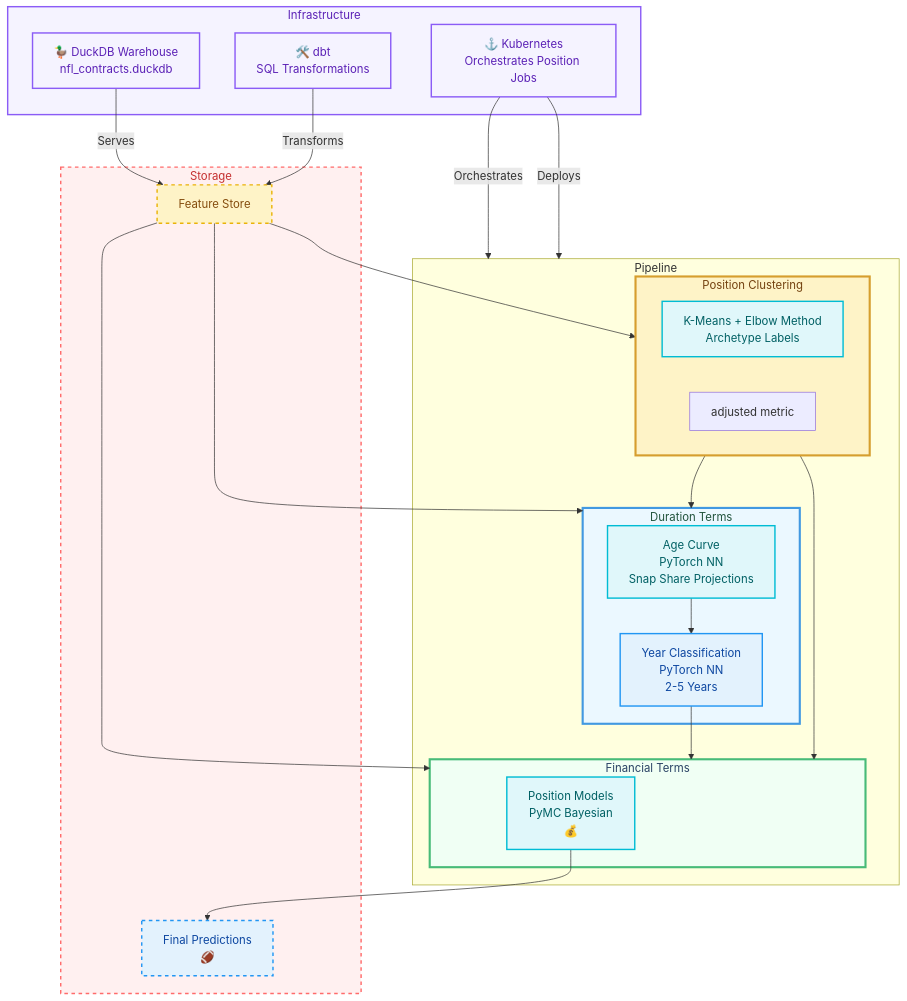
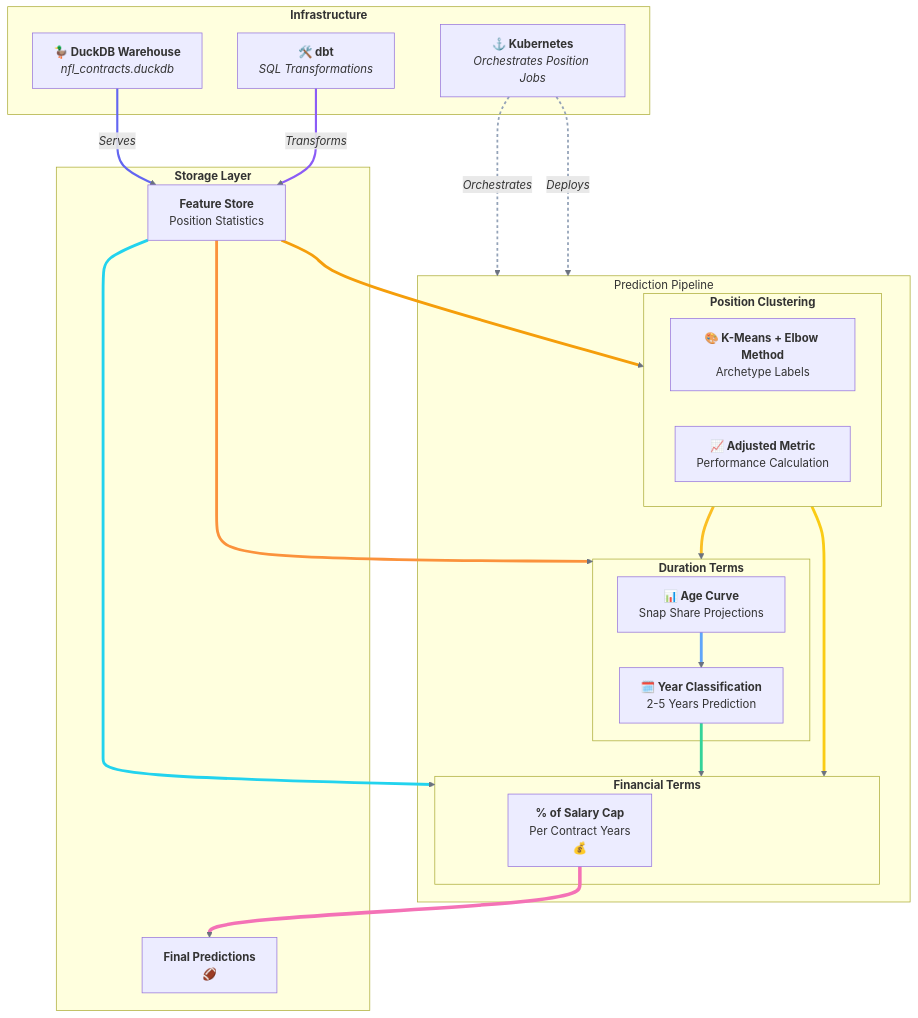
The diagram in README.md (dec1costello/NFL-Market-Value-Analysis), drawn with Mermaid before and after one commit.

Commit message:
Enhance README with improved styling and structure

````diff
--- a/README.md
+++ b/README.md
@@ -38,54 +38,64 @@
 ```mermaid
 graph TB
- %% === STYLING ===
-    classDef stage1 fill:#fef3c7,stroke:#d69e2e,stroke-width:3px,color:#744210
-    classDef stage2 fill:#ebf8ff,stroke:#4299e1,stroke-width:3px,color:#22543d 
-    classDef stage3 fill:#f0fff4,stroke:#48bb78,stroke-width:3px,color: #2a4365
-    classDef features fill:#fef3c7,stroke:#eab308,stroke-width:2px,color:#854d0e
-    classDef model fill:#e0f7fa,stroke:#00bcd4,stroke-width:2px,color:#006064
-    classDef output fill:#e3f2fd,stroke:#2196f3,stroke-width:2px,color:#0d47a1
-    classDef infra fill:#f5f3ff,stroke:#8b5cf6,stroke-width:2px,color:#5b21b6
-    classDef storage fill:#fff0f0,stroke:#FF6B6B,stroke-width:2px,stroke-dasharray:5 5,color:#c53030
+    %% === VIBRANT STYLING ===
+    classDef infrastructure fill:#e0e7ff,stroke:#6366f1,stroke-width:2px,stroke-dasharray:3 3,color:#4338ca
+    classDef storage fill:#fef3c7,stroke:#f59e0b,stroke-width:3px,stroke-dasharray:5 5,color:#92400e,color:#92400e
+    classDef stage1 fill:#fef9c3,stroke:#fbbf24,stroke-width:3px,color:#92400e
+    classDef stage2 fill:#dbeafe,stroke:#60a5fa,stroke-width:3px,color:#1e40af
+    classDef stage3 fill:#dcfce7,stroke:#34d399,stroke-width:3px,color:#065f46
+    classDef features fill:#fed7aa,stroke:#fb923c,stroke-width:3px,color:#c2410c
+    classDef model fill:#cffafe,stroke:#22d3ee,stroke-width:3px,color:#0e7490
+    classDef output fill:#fef3c7,stroke:#facc15,stroke-width:3px,color:#854d0e
+    
+    %% === ROUNDED NODE STYLES ===
+    classDef rounded radius:12px
+    classDef rounded-lg radius:18px
+    classDef rounded-xl radius:24px
+    
+    %% === FONT STYLES ===
+    classDef bold font-weight:bold
+    classDef semibold font-weight:600
+    classDef italic font-style:italic
 
     %% === INFRASTRUCTURE LAYERS ===
-    subgraph INFRA ["Infrastructure"]
-        DUCKDB["🦆 DuckDB Warehouse<br/>nfl_contracts.duckdb"]
-        K8S["⚓ Kubernetes<br/>Orchestrates Position Jobs"]
-        DBT["🛠️ dbt<br/>SQL Transformations"]
+    subgraph INFRA ["<b>Infrastructure</b>"]
+        DUCKDB["<b>🦆 DuckDB Warehouse</b><br/><i>nfl_contracts.duckdb</i>"]
+        K8S["<b>⚓ Kubernetes</b><br/><i>Orchestrates Position Jobs</i>"]
+        DBT["<b>🛠️ dbt</b><br/><i>SQL Transformations</i>"]
     end
 
     %% === DATA FLOW ===
-    subgraph DATA_FLOW ["Pipeline"]
+    subgraph DATA_FLOW ["Prediction Pipeline</b>"]
         %% === STAGE 1: ARCHETYPE DISCOVERY ===
-        subgraph STAGE_1 ["Position Clustering"]
-            CLUSTERING["K-Means + Elbow Method<br/>Archetype Labels"]
-            adjusted_metric["adjusted metric"]
+        subgraph STAGE_1 ["<b>Position Clustering</b>"]
+            CLUSTERING["<b>🎨 K-Means + Elbow Method</b><br/>Archetype Labels"]
+            adjusted_metric["<b>📈 Adjusted Metric</b><br/>Performance Calculation"]
         end
 
         %% === STAGE 2: YEAR PREDICTION ===
-        subgraph STAGE_2 ["Duration Terms"]
-            YEAR_MODELS["Age Curve<br/>PyTorch NN<br/>Snap Share Projections"]
-            YEAR_PREDS["Year Classification<br/>PyTorch NN<br/>2-5 Years"]
+        subgraph STAGE_2 ["<b>Duration Terms</b>"]
+            YEAR_MODELS["<b>📊 Age Curve</b><br/>Snap Share Projections"]
+            YEAR_PREDS["<b>🗓️ Year Classification</b><br/>2-5 Years Prediction"]
         end
 
         %% === STAGE 3: FINANCIAL PREDICTION ===
-        subgraph STAGE_3 ["Financial Terms"]
-            FINANCIAL_MODELS["Position Models<br/>PyMC Bayesian<br/>💰"]
+        subgraph STAGE_3 ["<b>Financial Terms</b>"]
+            FINANCIAL_MODELS["<b>% of Salary Cap</b><br/>Per Contract Years<br/>💰"]
         end
     end
 
     %% === STORAGE LAYER ===
-    subgraph STORAGE ["Storage"]
-        FEATURES["Feature Store<br/>"]
-        RESULTS["Final Predictions<br/>🏈"]
+    subgraph STORAGE ["<b>Storage Layer</b>"]
+        FEATURES["<b>Feature Store</b><br/>Position Statistics"]
+        RESULTS["<b>Final Predictions</b><br/>🏈 "]
     end
 
     %% === CONNECTIONS ===
     %% Infrastructure → Data Flow
-    DUCKDB -->|"Serves"| FEATURES
-    DBT -->|"Transforms"| FEATURES
-    K8S -->|"Orchestrates"| DATA_FLOW
-    K8S -->|"Deploys"| DATA_FLOW
+    DUCKDB -->|"<i>Serves</i>"| FEATURES
+    DBT -->|"<i>Transforms</i>"| FEATURES
+    K8S -->|"<i>Orchestrates</i>"| DATA_FLOW
+    K8S -->|"<i>Deploys</i>"| DATA_FLOW
 
     %% Data Pipeline Flow
     FEATURES --> STAGE_1
@@ -98,13 +108,29 @@
     FEATURES --> STAGE_3
     FINANCIAL_MODELS --> RESULTS
 
-    %% === STYLES ===
-    class INFRA,DUCKDB,K8S,DBT infra
-    class STORAGE,FEATURES,RESULTS storage
-    class STAGE_1 stage1
-    class STAGE_2 stage2
-    class STAGE_3 stage3
-    class FEATURES features
-    class CLUSTERING,YEAR_MODELS,FINANCIAL_MODELS model
-    class ARCHETYPES,YEAR_PREDS,FINANCIAL_PREDS,RESULTS output;
+    %% === APPLY STYLES ===
+    class INFRA,DUCKDB,K8S,DBT infrastructure,rounded-lg,shadow
+    class STORAGE,FEATURES,RESULTS storage,rounded-lg,shadow
+    class DATA_FLOW rounded-xl,shadow
+    class STAGE_1 stage1,rounded,shadow
+    class STAGE_2 stage2,rounded,shadow
+    class STAGE_3 stage3,rounded,shadow
+    class FEATURES features,rounded,shadow
+    class CLUSTERING,YEAR_MODELS,FINANCIAL_MODELS model,rounded,shadow
+    class adjusted_metric,YEAR_PREDS,RESULTS output,rounded,shadow
+    class STAGE_1,STAGE_2,STAGE_3 bold,shadow
+    
+    %% === COLORFUL LINK STYLING ===
+    linkStyle default stroke:#6b7280,stroke-width:3px
+    linkStyle 0 stroke:#6366f1,stroke-width:3px
+    linkStyle 1 stroke:#8b5cf6,stroke-width:3px
+    linkStyle 2,3 stroke:#94a3b8,stroke-width:2.5px,stroke-dasharray:4 4
+    linkStyle 4 stroke:#f59e0b,stroke-width:4px
+    linkStyle 5 stroke:#fbbf24,stroke-width:4px
+    linkStyle 6 stroke:#fb923c,stroke-width:4px
+    linkStyle 7 stroke:#60a5fa,stroke-width:4px
+    linkStyle 8 stroke:#34d399,stroke-width:4px
+    linkStyle 9 stroke:#facc15,stroke-width:4px
+    linkStyle 10 stroke:#22d3ee,stroke-width:4px
+    linkStyle 11 stroke:#f472b6,stroke-width:5px
 ```
````
